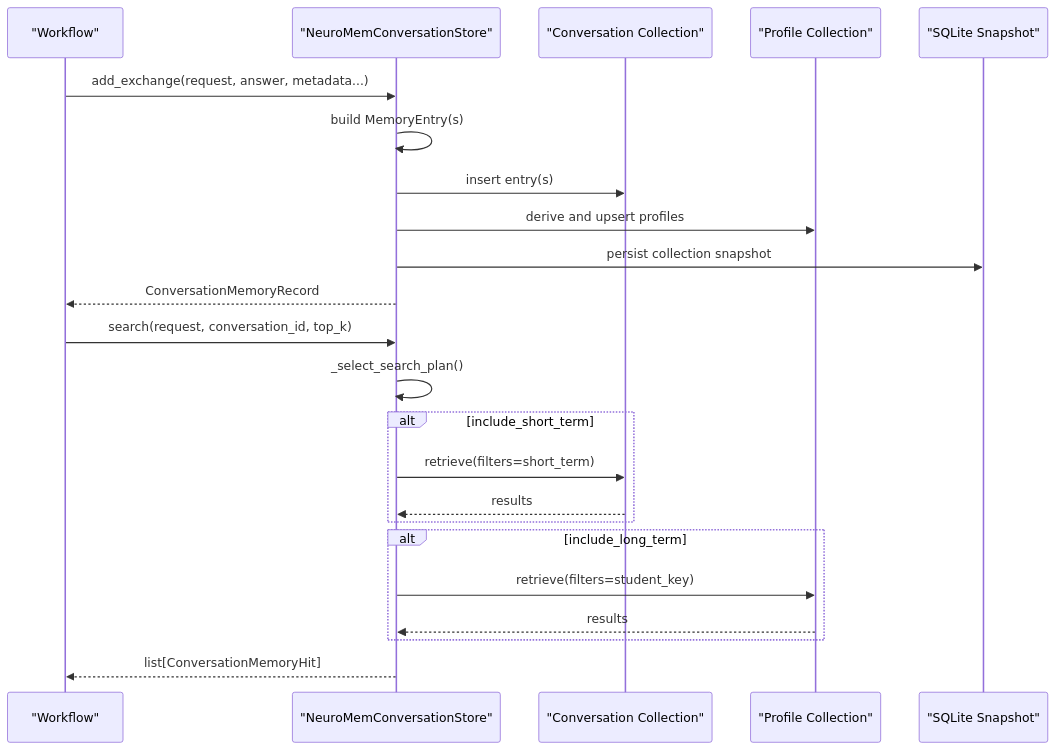
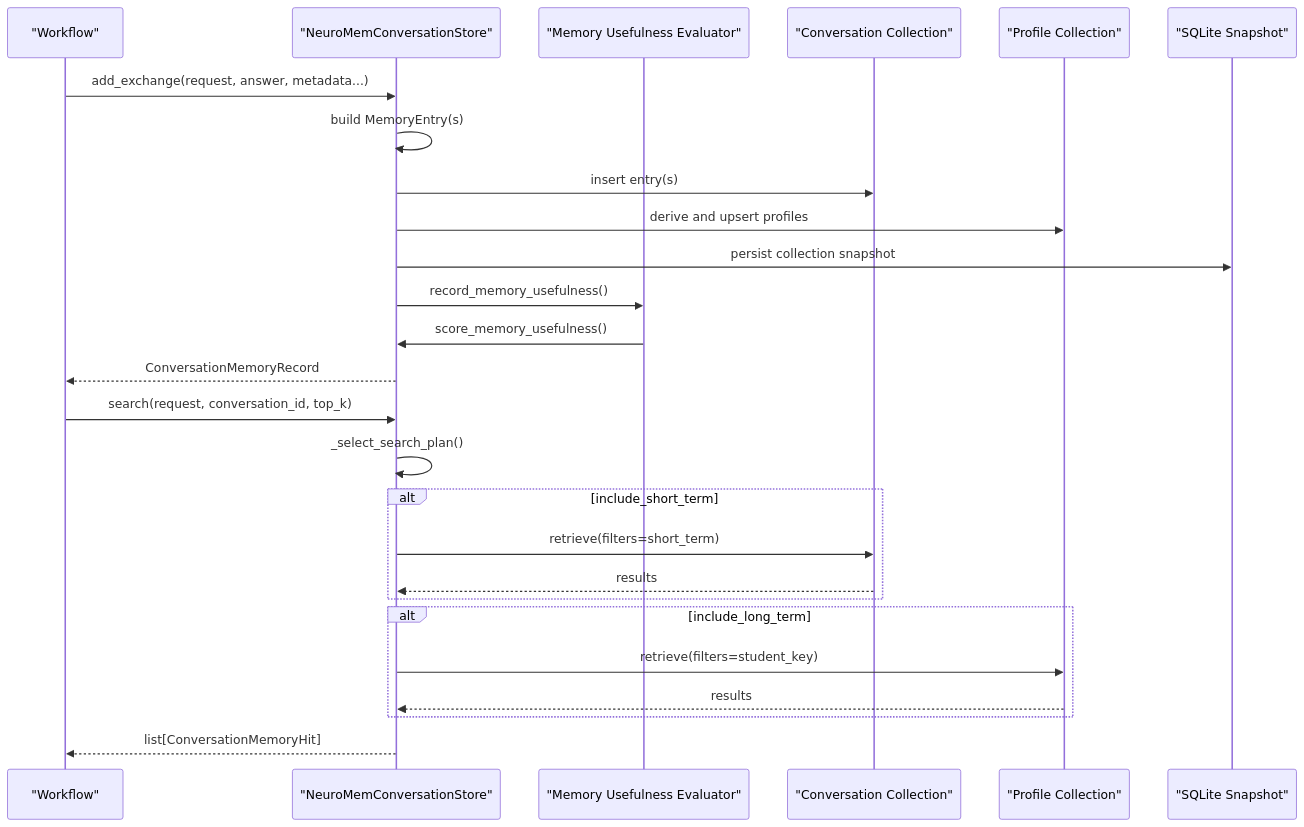
Before and after one commit to intellistream/sage-mate: the second of 3 diagrams in .qoder/repowiki/en/content/Memory Systems/Conversation Memory.md, drawn with Mermaid. The commit also changed other lines of this file and 60 other files, not shown here.

````diff
--- a/.qoder/repowiki/en/content/Memory Systems/Conversation Memory.md
+++ b/.qoder/repowiki/en/content/Memory Systems/Conversation Memory.md
@@ -96,25 +114,28 @@
 ```mermaid
 sequenceDiagram
 participant WF as "Workflow"
 participant Store as "NeuroMemConversationStore"
+participant Eval as "Memory Usefulness Evaluator"
 participant Conv as "Conversation Collection"
 participant Prof as "Profile Collection"
 participant DB as "SQLite Snapshot"
 WF->>Store : add_exchange(request, answer, metadata...)
 Store->>Store : build MemoryEntry(s)
 Store->>Conv : insert entry(s)
 Store->>Prof : derive and upsert profiles
 Store->>DB : persist collection snapshot
+Store->>Eval : record_memory_usefulness()
+Eval->>Store : score_memory_usefulness()
 Store-->>WF : ConversationMemoryRecord
 WF->>Store : search(request, conversation_id, top_k)
 Store->>Store : _select_search_plan()
 alt include_short_term
 Store->>Conv : retrieve(filters=short_term)
 Conv-->>Store : results
 end
 alt include_long_term
 Store->>Prof : retrieve(filters=student_key)
 Prof-->>Store : results
 end
 Store-->>WF : list[ConversationMemoryHit]
 ```
````
